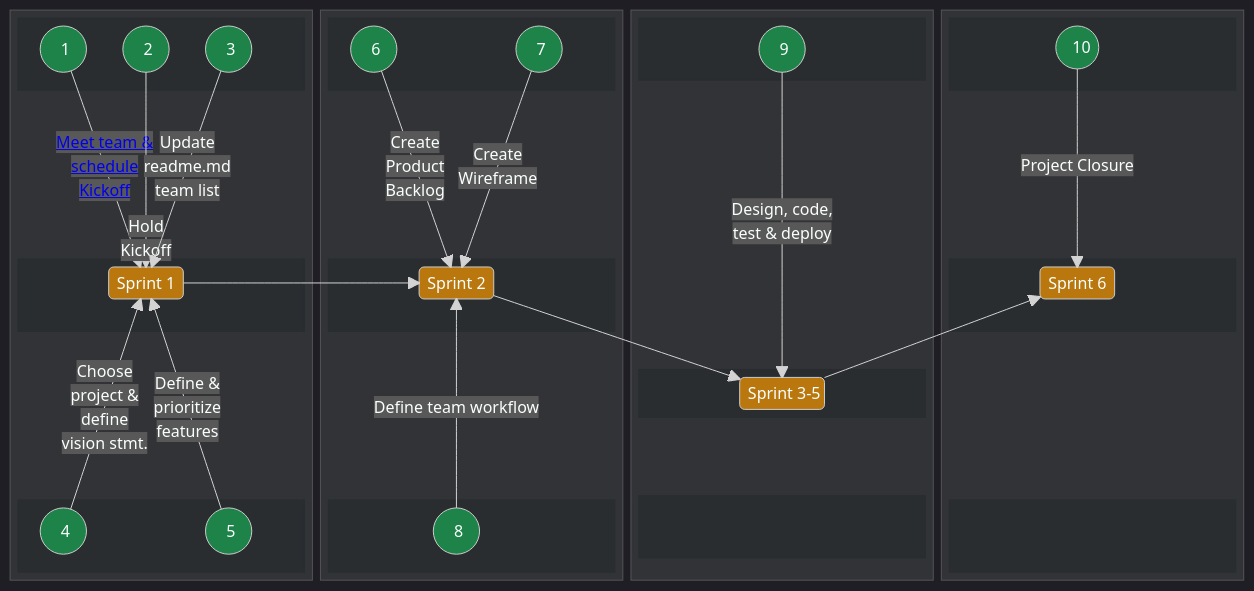
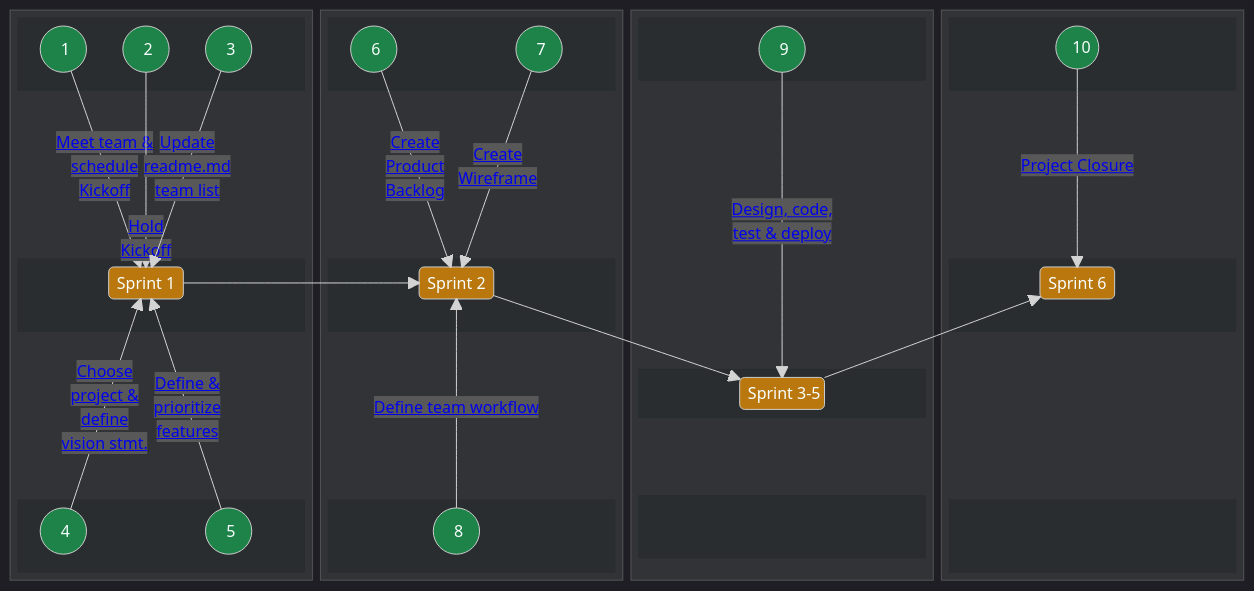
One commit to chingu-voyages/Handbook changed the second of 2 diagrams in docs/guides/voyage/voyage.md. Above: the diagram before and after it, drawn with Mermaid.

Commit message:
Feature: Add hyperlinks to Voyage Process diagram

```diff
--- a/docs/guides/voyage/voyage.md
+++ b/docs/guides/voyage/voyage.md
@@ -278,10 +278,10 @@
         A5(("&nbsp;&nbsp;&nbsp; 5 &nbsp;&nbsp;"))
       end
       A1 -- "<a href="https://github.com/chingu-voyages/Handbook/blob/main/docs/guides/voyage/voyage.md#1-meet-your-team--schedule-kickoff-meeting-">Meet team &</br>schedule</br>Kickoff</a>" --> SPRINT1
-      A2 -- "</br></br></br></br></br></br>Hold</br>Kickoff" --> SPRINT1
-      A3 -- "Update</br>readme.md</br>team list" --> SPRINT1
-      A4 -- "Choose</br>project &</br>define</br>vision stmt." --> SPRINT1
-      A5 -- "Define &</br>prioritize</br>features" --> SPRINT1
+      A2 -- "</br></br></br></br></br></br><a href="https://github.com/chingu-voyages/Handbook/blob/main/docs/guides/voyage/voyage.md#2-conduct-kickoff-meeting-">Hold</br>Kickoff</a>" --> SPRINT1
+      A3 -- "<a href="https://github.com/chingu-voyages/Handbook/blob/main/docs/guides/voyage/voyage.md#3-add-your-info-to-the-team-list-in-your-readmemd-%EF%B8%8F">Update</br>readme.md</br>team list<a/>" --> SPRINT1
+      A4 -- "<a href="https://github.com/chingu-voyages/Handbook/blob/main/docs/guides/voyage/voyage.md#4-choose-a-project--create-a-vision-statement-">Choose</br>project &</br>define</br>vision stmt.</a>" --> SPRINT1
+      A5 -- "<a href="https://github.com/chingu-voyages/Handbook/blob/main/docs/guides/voyage/voyage.md#5-define--prioritize-mvp-features-">Define &</br>prioritize</br>features</a>" --> SPRINT1
     end
 
     block:B2:1
@@ -308,9 +308,9 @@
         A8(("&nbsp;&nbsp;&nbsp; 8 &nbsp;&nbsp;"))
         space
       end
-      A6 -- "Create</br>Product</br>Backlog" --> SPRINT2
-      A7 -- "Create</br>Wireframe" --> SPRINT2
-      A8 -- "Define team workflow" --> SPRINT2
+      A6 -- "<a href="https://github.com/chingu-voyages/Handbook/blob/main/docs/guides/voyage/voyage.md#6-setup-product-backlog-">Create</br>Product</br>Backlog</a>" --> SPRINT2
+      A7 -- "<a href="https://github.com/chingu-voyages/Handbook/blob/main/docs/guides/voyage/voyage.md#7-create-a-low-fidelity-wireframe-%EF%B8%8F">Create</br>Wireframe</a>" --> SPRINT2
+      A8 -- "<a href="https://github.com/chingu-voyages/Handbook/blob/main/docs/guides/voyage/voyage.md#8-setup-your-team-workflow-">Define team workflow</a>" --> SPRINT2
     end
 
     block:B3:1
@@ -338,7 +338,7 @@
         space
         space
       end
-      A9 -- "Design, code,</br>test & deploy" --> SPRINTS35
+      A9 -- "<a href="https://github.com/chingu-voyages/Handbook/blob/main/docs/guides/voyage/voyage.md#9-sprint-3-5---reaching-your-mvp-">Design, code,</br>test & deploy</a>" --> SPRINTS35
     end
 
     block:B4:1
@@ -365,7 +365,7 @@
         space
         space
       end
-      A10 -- "Project Closure" --> SPRINT6
+      A10 -- "<a href="https://github.com/chingu-voyages/Handbook/blob/main/docs/guides/voyage/voyage.md#9-sprint-3-5---reaching-your-mvp-">Project Closure</a>" --> SPRINT6
     end
 
     SPRINT1 --> SPRINT2
```
